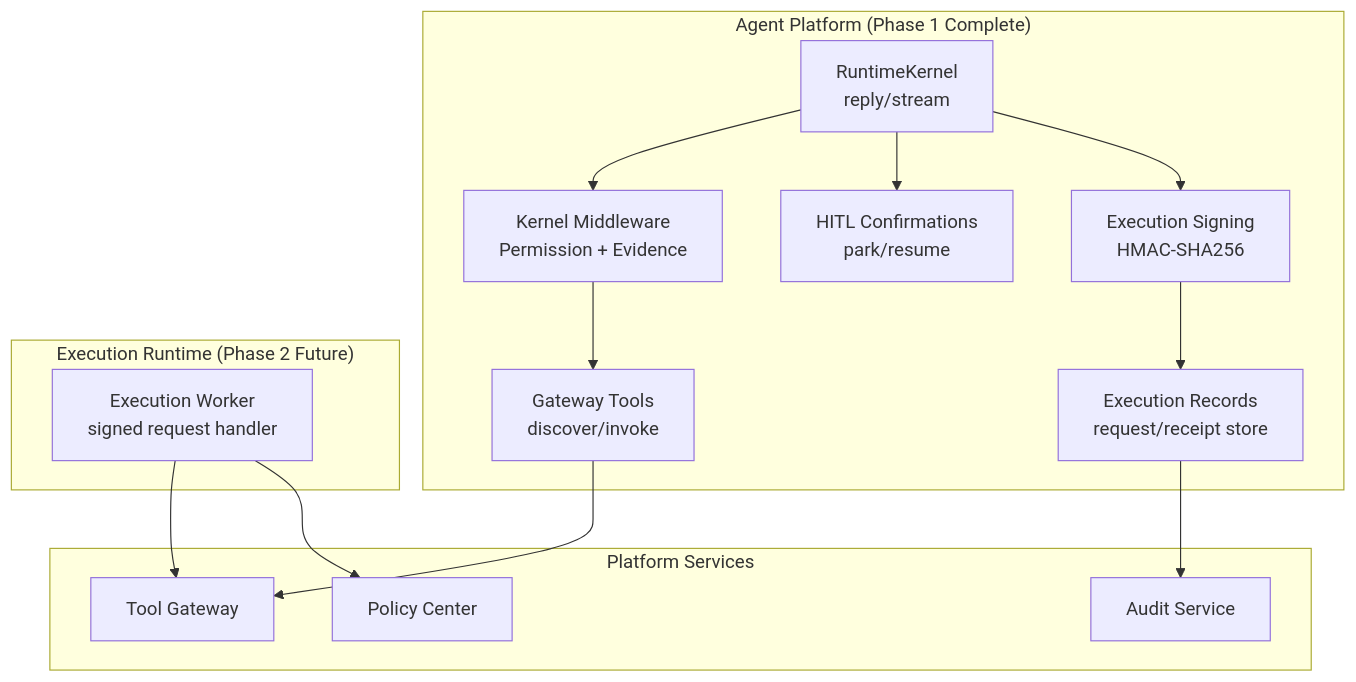
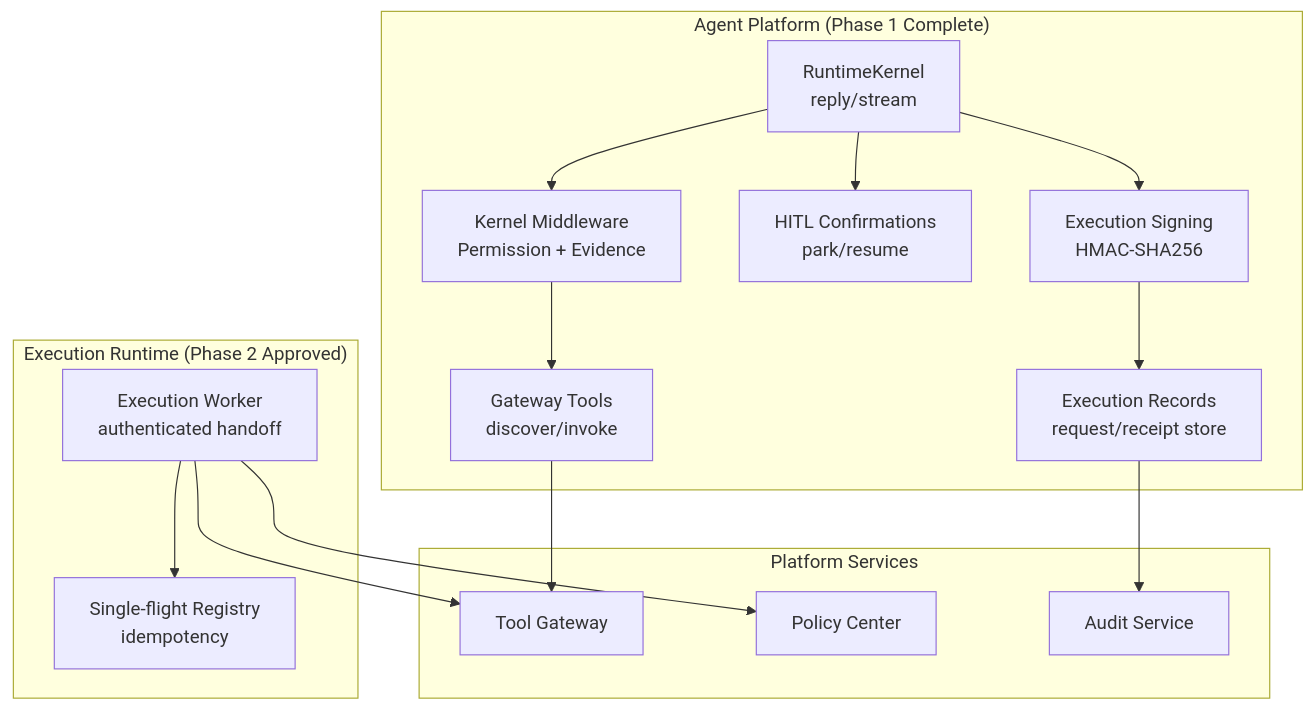
Before and after one commit to metasync/luban-aiops: the first of 9 diagrams in .qoder/repowiki/en/content/Architecture Documentation/Execution Runtime Spike.md, drawn with Mermaid. The commit also changed other lines of this file and 5 other files, not shown here.

````diff
--- a/.qoder/repowiki/en/content/Architecture Documentation/Execution Runtime Spike.md
+++ b/.qoder/repowiki/en/content/Architecture Documentation/Execution Runtime Spike.md
@@ -46,28 +52,30 @@
 ```mermaid
 graph TB
 subgraph "Agent Platform (Phase 1 Complete)"
 RK["RuntimeKernel<br/>reply/stream"]
 MW["Kernel Middleware<br/>Permission + Evidence"]
 GT["Gateway Tools<br/>discover/invoke"]
 HC["HITL Confirmations<br/>park/resume"]
 ES["Execution Signing<br/>HMAC-SHA256"]
 ER["Execution Records<br/>request/receipt store"]
 end
-subgraph "Execution Runtime (Phase 2 Future)"
-EW["Execution Worker<br/>signed request handler"]
+subgraph "Execution Runtime (Phase 2 Approved)"
+EW["Execution Worker<br/>authenticated handoff"]
+SF["Single-flight Registry<br/>idempotency"]
 end
 subgraph "Platform Services"
 TG["Tool Gateway"]
 PG["Policy Center"]
 AS["Audit Service"]
 end
 RK --> MW
 MW --> GT
 GT --> TG
 RK --> HC
 RK --> ES
 ES --> ER
 ER --> AS
 EW --> TG
 EW --> PG
+EW --> SF
 ```
````
